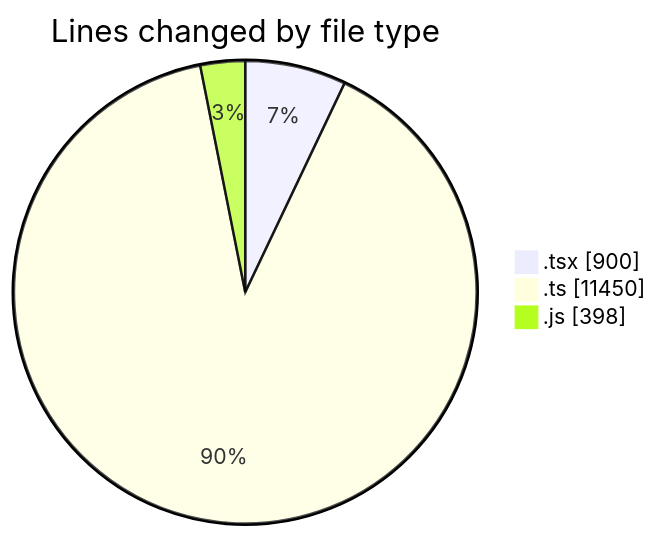
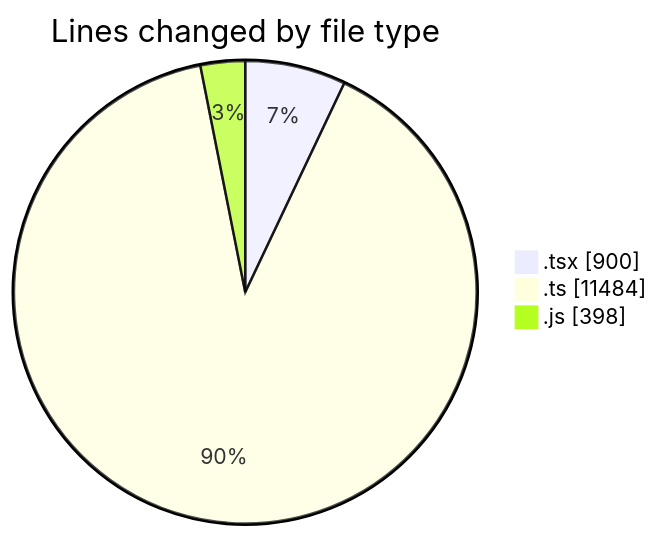
One commit to momahboobian/code-tracking changed the first of 2 diagrams in 2025-11-26/cda/README.md. Above: the diagram before and after it, drawn with Mermaid. The commit also changed other lines of this file and 1 other file, not shown here.

````diff
--- a/2025-11-26/cda/README.md
+++ b/2025-11-26/cda/README.md
@@ -26,7 +26,7 @@
 ```mermaid
 pie showData
 title Lines changed by file type
 ".tsx" : 900
-".ts" : 11450
+".ts" : 11484
 ".js" : 398
 ```
````
